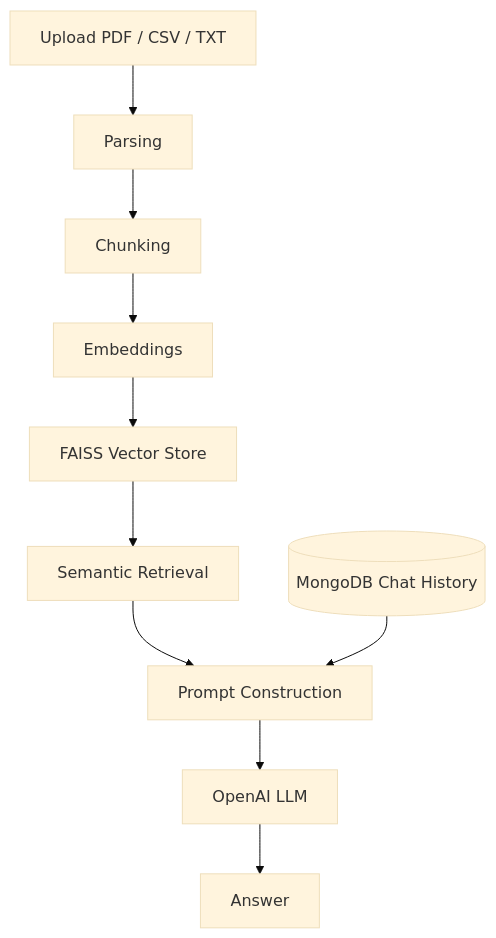
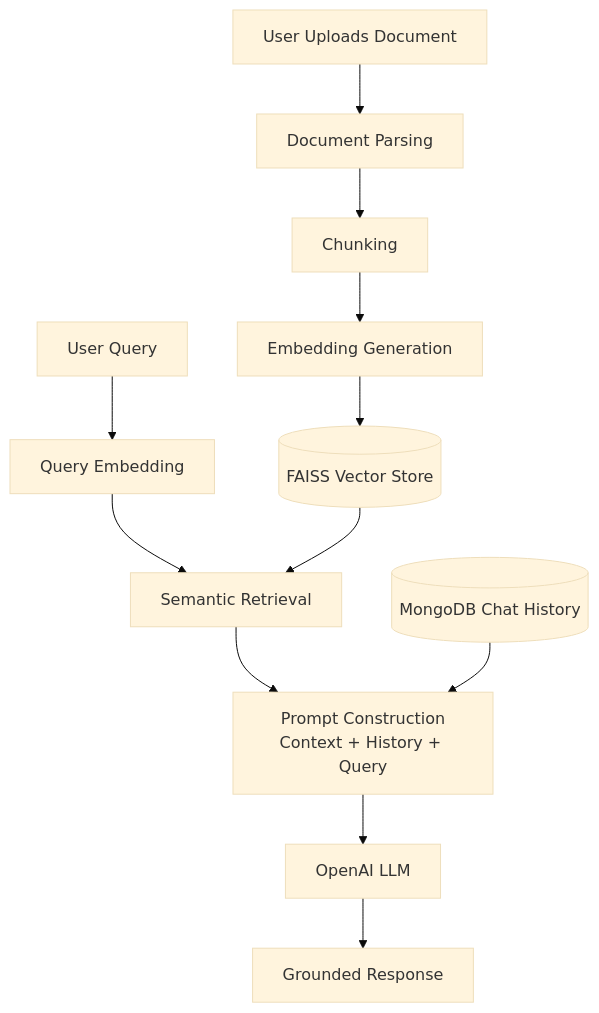
The diagram in README.md (yairyaakov/RAG-service), drawn with Mermaid (base theme) before and after one commit. The commit also changed other lines of this file, not shown here.

````diff
--- a/README.md
+++ b/README.md
@@ -20,26 +20,34 @@
 ```mermaid
 flowchart TD
-    A[Upload PDF / CSV / TXT]
-    B[Parsing]
+
+    A[User Uploads Document]
+    B[Document Parsing]
     C[Chunking]
-    D[Embeddings]
-    E[FAISS Vector Store]
-    F[Semantic Retrieval]
-    G[Prompt Construction]
-    H[OpenAI LLM]
-    I[Answer]
+    D[Embedding Generation]
+    E[(FAISS Vector Store)]
 
-    J[(MongoDB Chat History)]
+    F[User Query]
+    G[Query Embedding]
+    H[Semantic Retrieval]
+
+    I[(MongoDB Chat History)]
+    J[Prompt Construction<br/>Context + History + Query]
+
+    K[OpenAI LLM]
+    L[Grounded Response]
 
     A --> B
     B --> C
     C --> D
     D --> E
 
-    E --> F
     F --> G
-    J --> G
+    G --> H
+    E --> H
 
-    G --> H
-    H --> I
+    H --> J
+    I --> J
+
+    J --> K
+    K --> L
 ```
````
